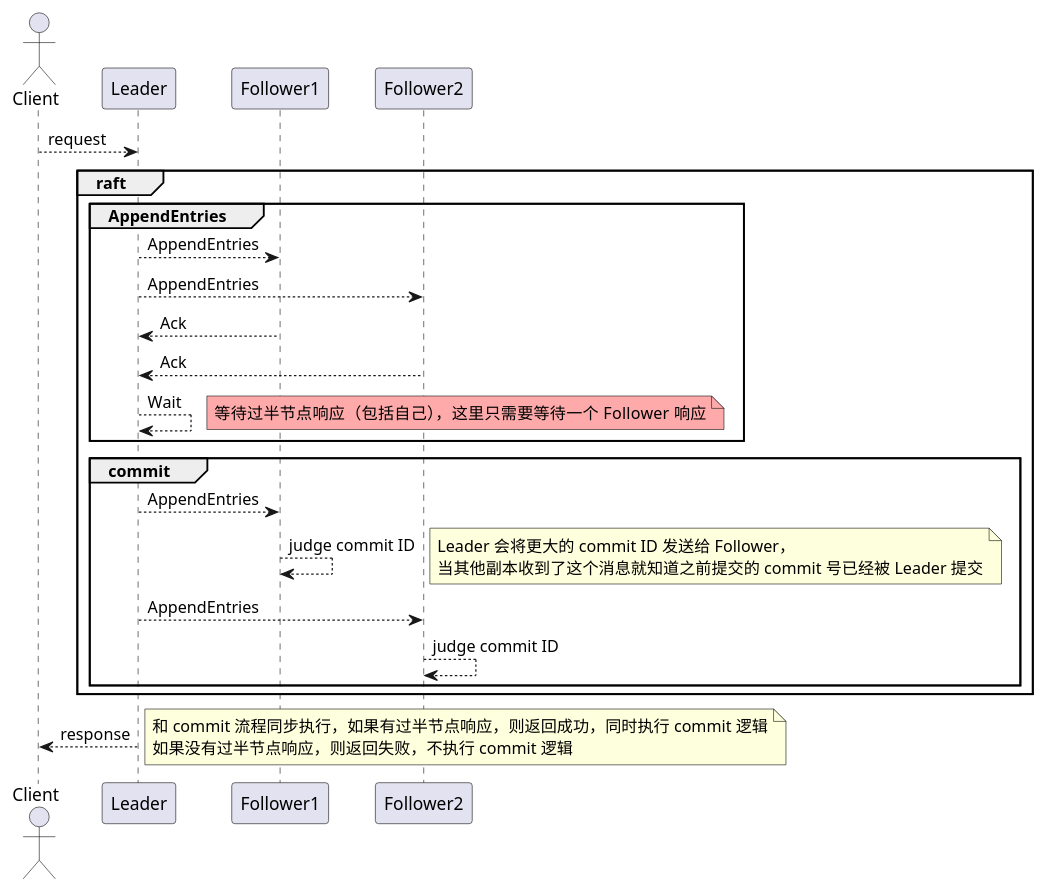
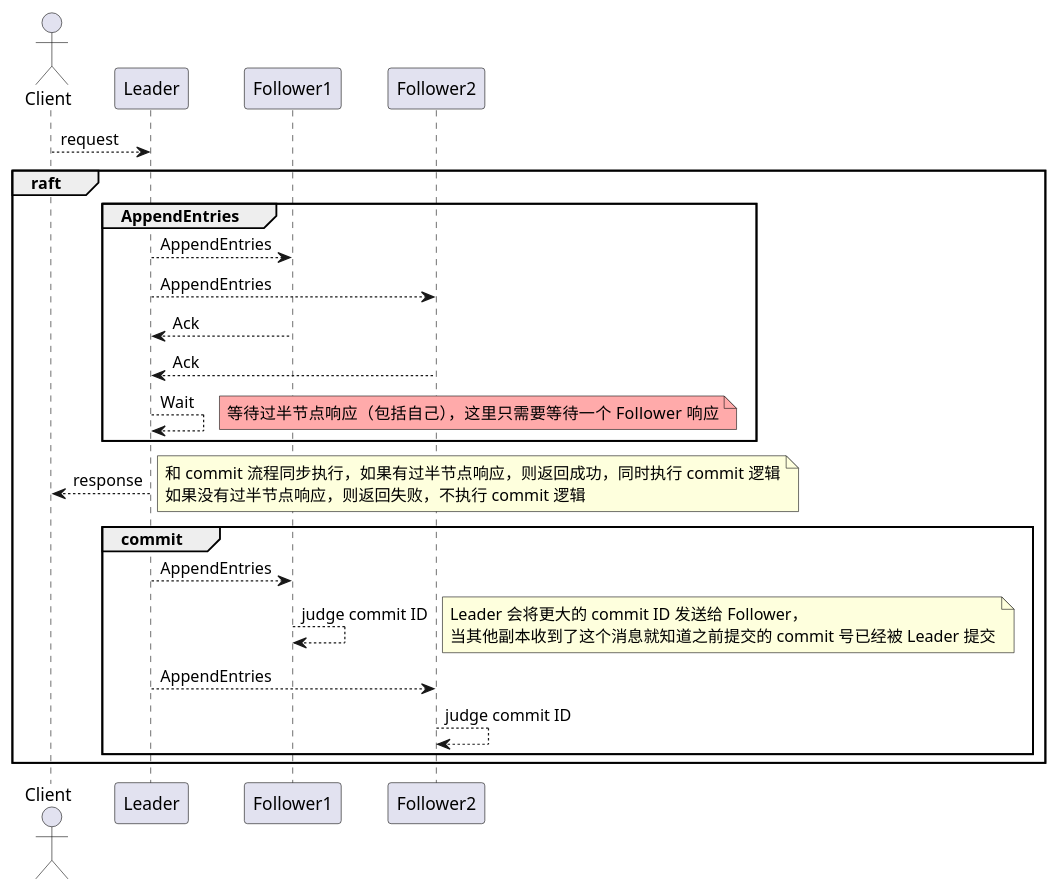
One commit to champly/champly.github.io changed the second of 4 diagrams in source/_posts/architecture/distributed-systems.md. Above: the diagram before and after it, drawn with PlantUML. The commit also changed other lines of this file, not shown here.

````diff
--- a/source/_posts/architecture/distributed-systems.md
+++ b/source/_posts/architecture/distributed-systems.md
@@ -138,42 +138,42 @@
 ``` plantuml
 @startuml raft-log
 
 actor Client
 participant Leader
 participant Follower1
 participant Follower2
 
 Client --> Leader : request
 group raft
     group AppendEntries
         Leader --> Follower1 : AppendEntries
         Leader --> Follower2 : AppendEntries
         Follower1 --> Leader : Ack
         Follower2 --> Leader : Ack
 
         Leader --> Leader : Wait
         note right #FFAAAA
             等待过半节点响应（包括自己），这里只需要等待一个 Follower 响应
         end note
     end
 
+    Leader --> Client : response
+    note right
+    和 commit 流程同步执行，如果有过半节点响应，则返回成功，同时执行 commit 逻辑
+    如果没有过半节点响应，则返回失败，不执行 commit 逻辑
+    end note
+
     group commit
         Leader --> Follower1 : AppendEntries
         Follower1 --> Follower1 : judge commit ID
         note right
             Leader 会将更大的 commit ID 发送给 Follower，
             当其他副本收到了这个消息就知道之前提交的 commit 号已经被 Leader 提交
         end note
         Leader --> Follower2 : AppendEntries
         Follower2 --> Follower2 : judge commit ID
     end
 end
 
-Leader --> Client : response
-note right
-和 commit 流程同步执行，如果有过半节点响应，则返回成功，同时执行 commit 逻辑
-如果没有过半节点响应，则返回失败，不执行 commit 逻辑
-end note
-
 @enduml
 ```
````
